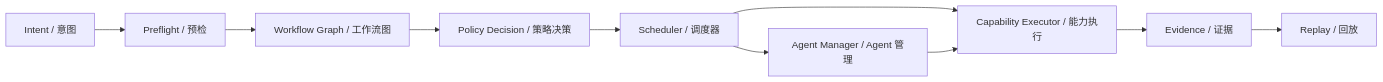
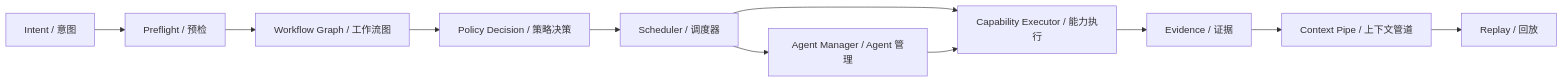
The diagram in docs/architecture/orchestration-and-scheduling.md (ankye/deepseek-cli), drawn with Mermaid before and after one commit. The commit also changed other lines of this file and 297 other files, not shown here.

````diff
--- a/docs/architecture/orchestration-and-scheduling.md
+++ b/docs/architecture/orchestration-and-scheduling.md
@@ -9,18 +9,19 @@
 ```mermaid
 flowchart LR
   Intent[Intent / 意图]
   Preflight[Preflight / 预检]
   Workflow[Workflow Graph / 工作流图]
   Policy[Policy Decision / 策略决策]
   Scheduler[Scheduler / 调度器]
   Agent[Agent Manager / Agent 管理]
   Capability[Capability Executor / 能力执行]
+  ContextPipe[Context Pipe / 上下文管道]
   Evidence[Evidence / 证据]
   Replay[Replay / 回放]
 
   Intent --> Preflight --> Workflow --> Policy --> Scheduler
   Scheduler --> Agent
   Scheduler --> Capability
   Agent --> Capability
-  Capability --> Evidence --> Replay
+  Capability --> Evidence --> ContextPipe --> Replay
 ```
````
